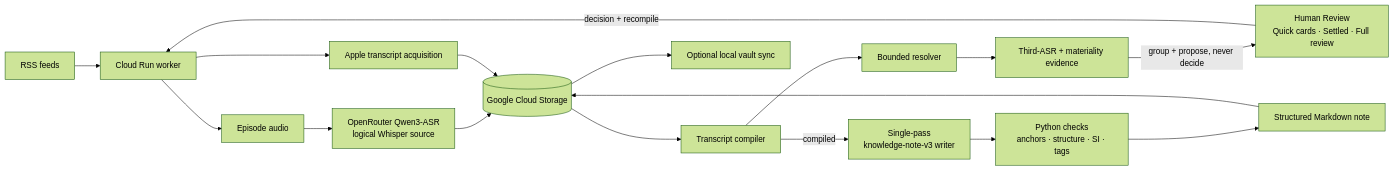
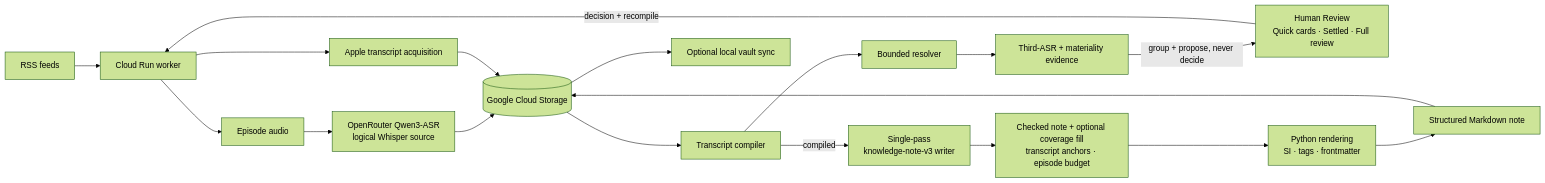
The diagram in README.md (wintersyntax/podcast-automation), drawn with Mermaid (forest theme) before and after one commit. The commit also changed other lines of this file, not shown here.

````diff
--- a/README.md
+++ b/README.md
@@ -45,23 +43,24 @@
 ```mermaid
 flowchart LR
     RSS[RSS feeds] --> Worker[Cloud Run worker]
     Worker --> Audio[Episode audio]
     Audio --> Whisper["OpenRouter Qwen3-ASR<br/>logical Whisper source"]
     Worker --> Apple[Apple transcript acquisition]
 
     Whisper --> GCS[(Google Cloud Storage)]
     Apple --> GCS
 
     GCS --> Compiler[Transcript compiler]
     Compiler --> Resolver[Bounded resolver]
     Resolver --> Evidence[Third-ASR + materiality evidence]
 
     Evidence -->|group + propose, never decide| Review["Human Review<br/>Quick cards · Settled · Full review"]
     Review -->|decision + recompile| Worker
 
     Compiler -->|compiled| Writer["Single-pass<br/>knowledge-note-v3 writer"]
-    Writer --> Checks["Python checks<br/>anchors · structure · SI · tags"]
+    Writer --> Coverage["Checked note + optional coverage fill<br/>transcript anchors · episode budget"]
+    Coverage --> Checks["Python rendering<br/>SI · tags · frontmatter"]
     Checks --> Note[Structured Markdown note]
     Note --> GCS
     GCS --> Sync[Optional local vault sync]
 ```
````
